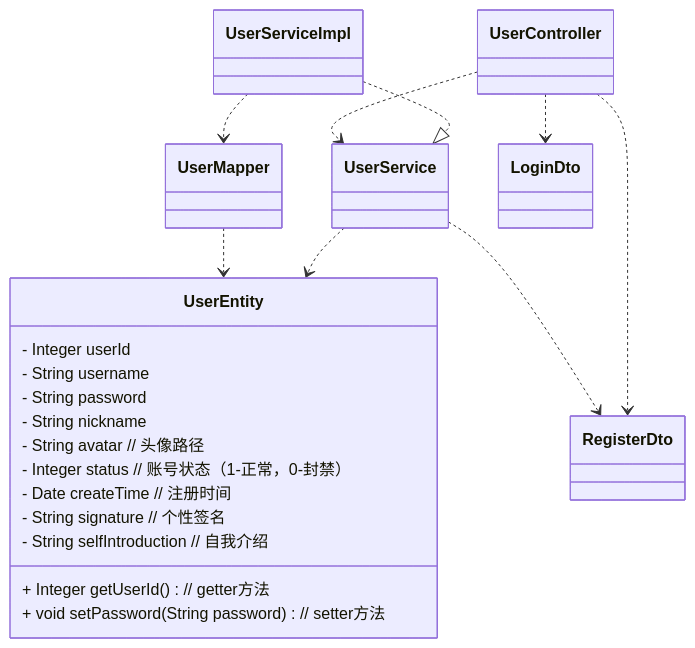
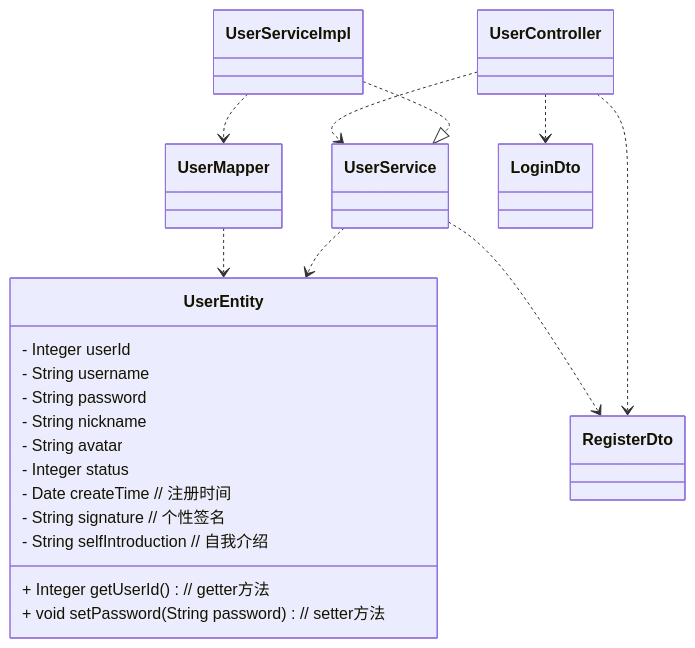
One commit to DEbalanceUX/iodraw-files changed the diagram in all/未命名-1.md. Above: the diagram before and after it, drawn with Mermaid.

Commit message:
2025-12-10 22:51:14 update

````diff
--- a/all/未命名-1.md
+++ b/all/未命名-1.md
@@ -1,32 +1,32 @@
 ```mermaid
 classDiagram
     %% 实现关系：ServiceImpl 实现 Service 接口
     UserServiceImpl ..|> UserService
     %% 依赖关系：Controller 依赖 Service / ServiceImpl 依赖 Mapper
     UserController ..> UserService
     UserServiceImpl ..> UserMapper
     %% 关联关系：核心数据载体关联
     UserService ..> UserEntity
     UserMapper ..> UserEntity
     UserController ..> LoginDto
     UserController ..> RegisterDto
     UserService ..> RegisterDto
 
     %% 用户实体类（存储用户核心数据）
     class UserEntity {
         - Integer userId       
         - String username   
         - String password       
         - String nickname
-        - String avatar        // 头像路径
-        - Integer status       // 账号状态（1-正常，0-封禁）
+        - String avatar
+        - Integer status
         - Date createTime      // 注册时间
         - String signature     // 个性签名
         - String selfIntroduction // 自我介绍
         + Integer getUserId()  // getter方法
         + void setPassword(String password) // setter方法
     }
 
 
     
 ```
````
